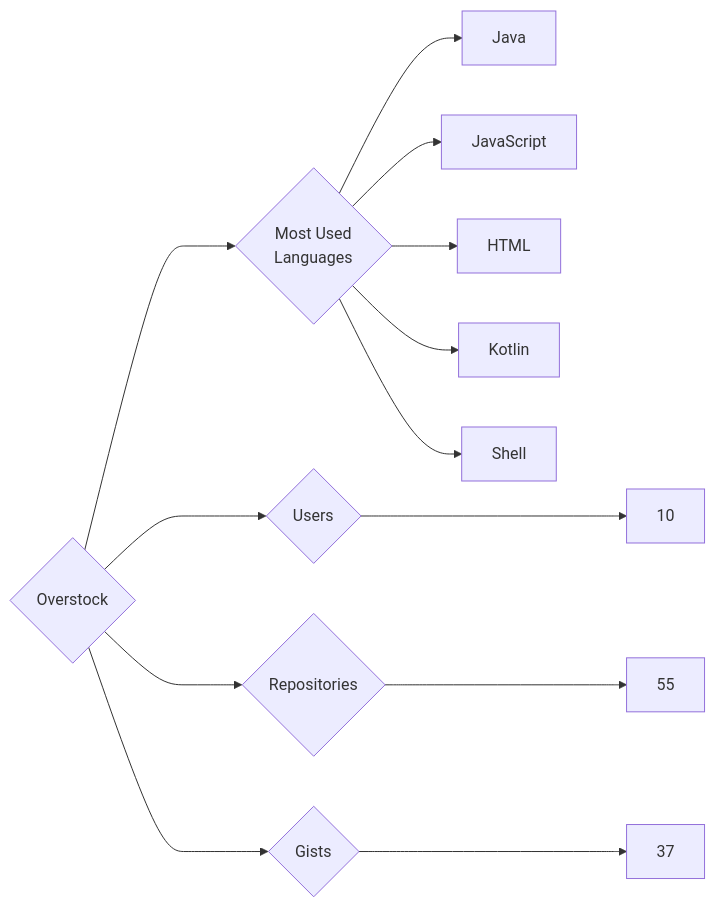
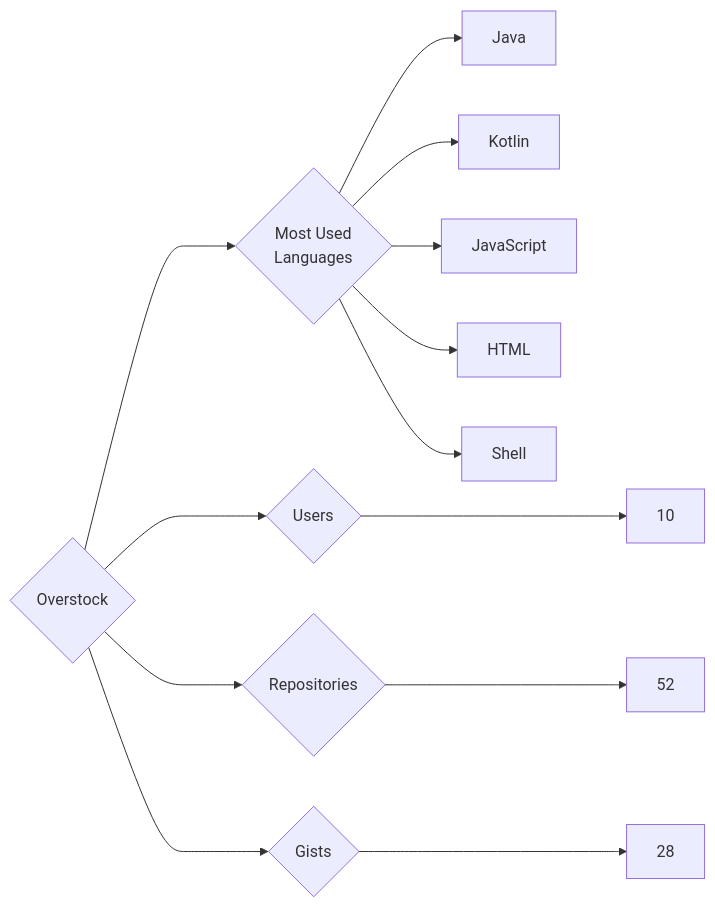
One commit to trickest/insiders changed the diagram in targets/Overstock/README.md. Above: the diagram before and after it, drawn with Mermaid. The commit also changed 1508 other files, not shown here.

````diff
--- a/targets/Overstock/README.md
+++ b/targets/Overstock/README.md
@@ -3,13 +3,13 @@
 ```mermaid
 graph LR
 COMPANY_NAME{Overstock}
 COMPANY_NAME ---> U{Users} ---> UN[10]
-COMPANY_NAME ---> R{Repositories} ---> RN[55]
-COMPANY_NAME ---> G{Gists} ---> GN[37]
+COMPANY_NAME ---> R{Repositories} ---> RN[52]
+COMPANY_NAME ---> G{Gists} ---> GN[28]
 COMPANY_NAME ---> ML{Most Used<br>Languages}
 ML --> Java[Java]
+ML --> Kotlin[Kotlin]
 ML --> JavaScript[JavaScript]
 ML --> HTML[HTML]
-ML --> Kotlin[Kotlin]
 ML --> Shell[Shell]
 ```
````
